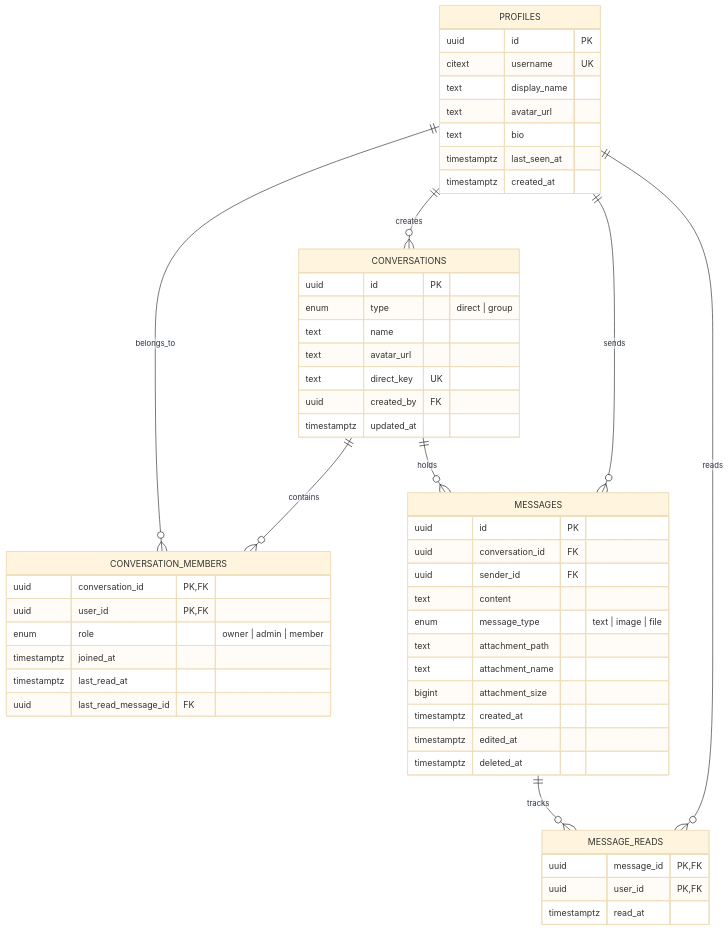
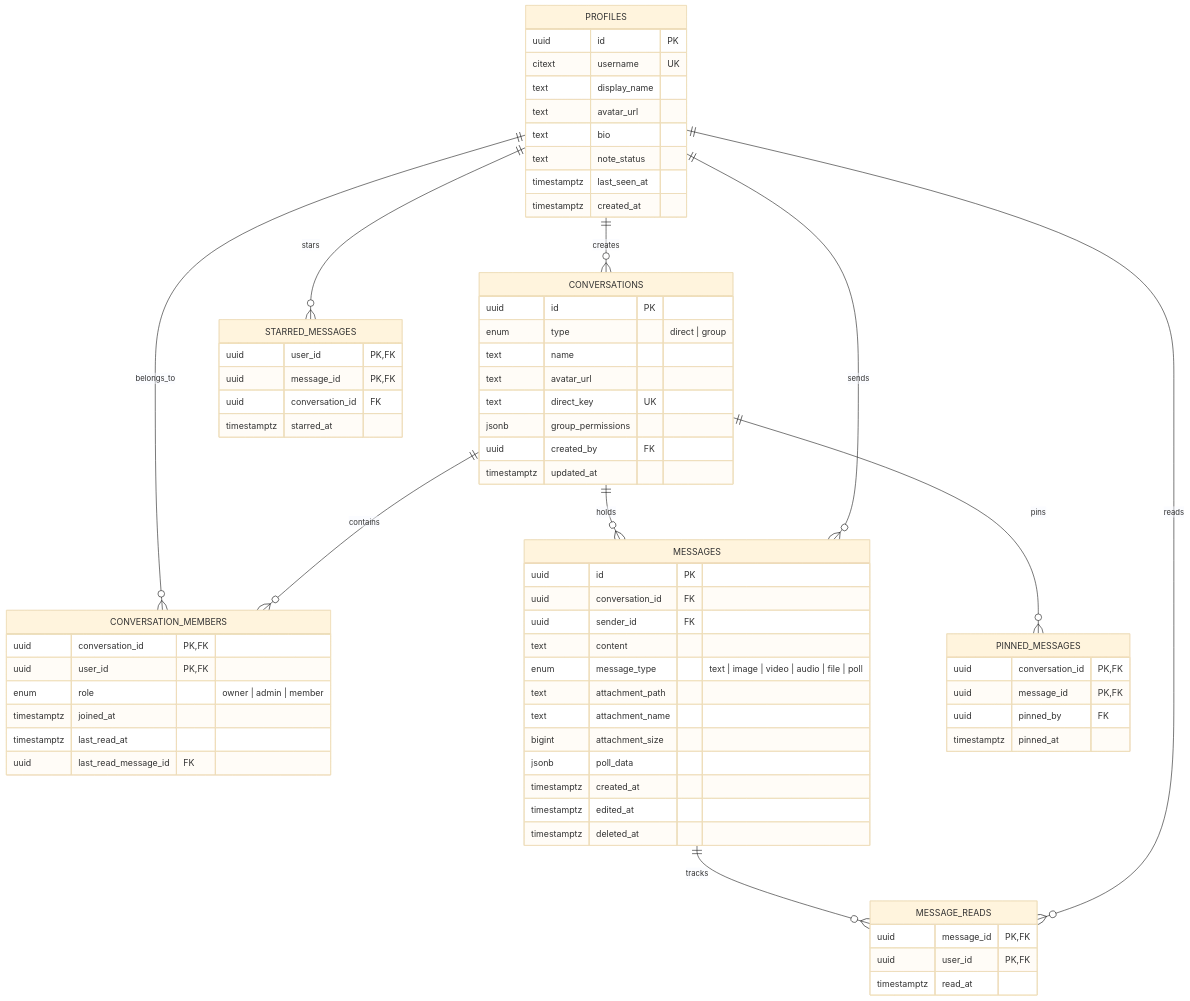
One commit to akashdebbarma06/Real-Time-Chat-Application changed the second of 2 diagrams in README.md. Above: the diagram before and after it, drawn with Mermaid (base theme). The commit also changed other lines of this file and 166 other files, not shown here.

Commit message:
feat: complete local-first architecture, mobile navigation, permissions, CI/CD, and docs

````diff
--- a/README.md
+++ b/README.md
@@ -55,59 +75,78 @@
 ```mermaid
 erDiagram
     PROFILES ||--o{ CONVERSATIONS : creates
     PROFILES ||--o{ CONVERSATION_MEMBERS : belongs_to
     CONVERSATIONS ||--o{ CONVERSATION_MEMBERS : contains
     CONVERSATIONS ||--o{ MESSAGES : holds
     PROFILES ||--o{ MESSAGES : sends
     MESSAGES ||--o{ MESSAGE_READS : tracks
     PROFILES ||--o{ MESSAGE_READS : reads
+    CONVERSATIONS ||--o{ PINNED_MESSAGES : pins
+    PROFILES ||--o{ STARRED_MESSAGES : stars
 
     PROFILES {
         uuid id PK
         citext username UK
         text display_name
         text avatar_url
         text bio
+        text note_status
         timestamptz last_seen_at
         timestamptz created_at
     }
 
     CONVERSATIONS {
         uuid id PK
         enum type "direct | group"
         text name
         text avatar_url
         text direct_key UK
+        jsonb group_permissions
         uuid created_by FK
         timestamptz updated_at
     }
 
     CONVERSATION_MEMBERS {
         uuid conversation_id PK, FK
         uuid user_id PK, FK
         enum role "owner | admin | member"
         timestamptz joined_at
         timestamptz last_read_at
         uuid last_read_message_id FK
     }
 
     MESSAGES {
         uuid id PK
         uuid conversation_id FK
         uuid sender_id FK
         text content
-        enum message_type "text | image | file"
+        enum message_type "text | image | video | audio | file | poll"
         text attachment_path
         text attachment_name
         bigint attachment_size
+        jsonb poll_data
         timestamptz created_at
         timestamptz edited_at
         timestamptz deleted_at
     }
 
     MESSAGE_READS {
         uuid message_id PK, FK
         uuid user_id PK, FK
         timestamptz read_at
     }
+
+    PINNED_MESSAGES {
+        uuid conversation_id PK, FK
+        uuid message_id PK, FK
+        uuid pinned_by FK
+        timestamptz pinned_at
+    }
+
+    STARRED_MESSAGES {
+        uuid user_id PK, FK
+        uuid message_id PK, FK
+        uuid conversation_id FK
+        timestamptz starred_at
+    }
 ```
````
